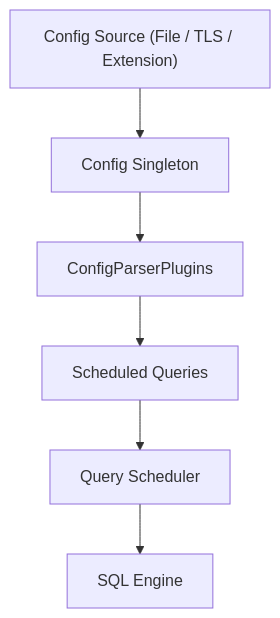
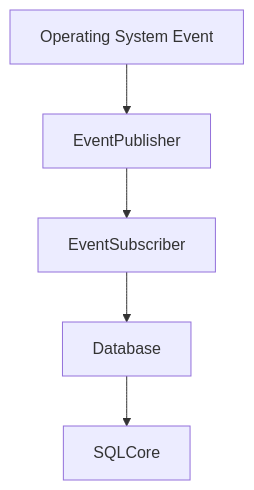
One commit to flamingo-stack/osquery changed the diagram in docs/diagrams/architecture/README-4.mmd. Above: the diagram before and after it, drawn with Mermaid. The commit also changed 388 other files, not shown here.

```diff
--- a/docs/diagrams/architecture/README-4.mmd
+++ b/docs/diagrams/architecture/README-4.mmd
@@ -1,6 +1,5 @@
 flowchart TD
-    Source["Config Source (File / TLS / Extension)"] --> ConfigCore["Config Singleton"]
-    ConfigCore --> Parsers["ConfigParserPlugins"]
-    Parsers --> Schedule["Scheduled Queries"]
-    Schedule --> Scheduler["Query Scheduler"]
-    Scheduler --> SQL["SQL Engine"]
+    OS["Operating System Event"] --> Publisher["EventPublisher"]
+    Publisher --> Subscriber["EventSubscriber"]
+    Subscriber --> Database
+    Database --> SQLCore
```
